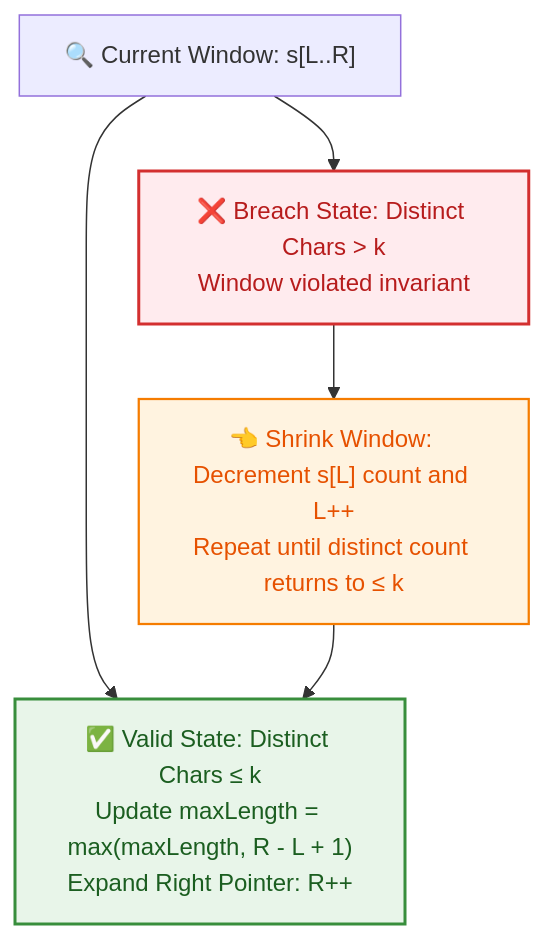
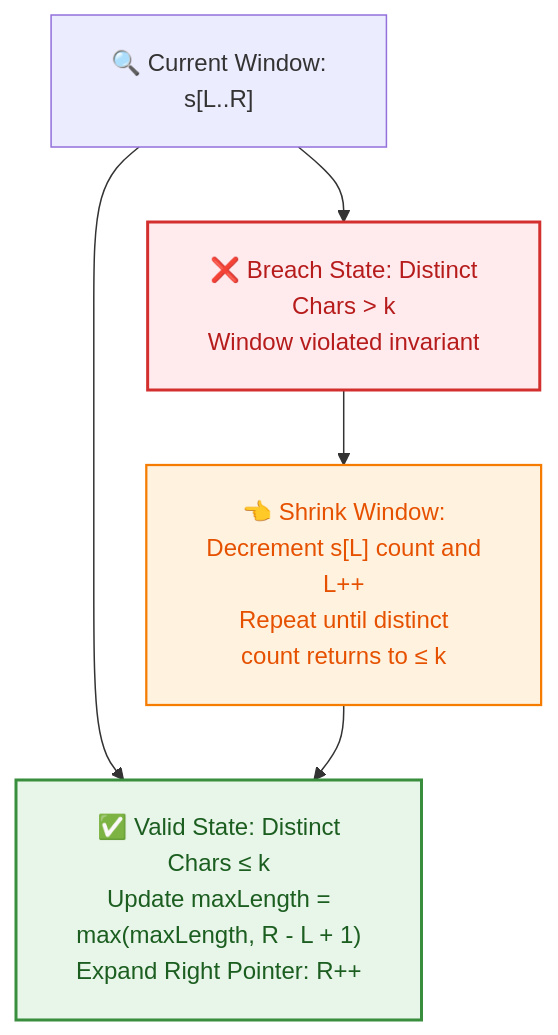
One commit to dip4k/DSA_102 changed the fourth of 6 diagrams in week_04_core_problem_solving_patterns_i/Week_04_Visual_Concepts_Playbook_HYBRID.md. Above: the diagram before and after it, drawn with Mermaid. The commit also changed other lines of this file and 108 other files, not shown here.

First line of the commit message:
fix(mermaid): resolve diagram clipping, padding, and syntax issues across repo

````diff
--- a/week_04_core_problem_solving_patterns_i/Week_04_Visual_Concepts_Playbook_HYBRID.md
+++ b/week_04_core_problem_solving_patterns_i/Week_04_Visual_Concepts_Playbook_HYBRID.md
@@ -404,12 +407,13 @@
 ```mermaid
+%%{init: {"flowchart": {"htmlLabels": true, "padding": 20}}}%%
 flowchart TD
     classDef valid fill:#e8f5e9,stroke:#388e3c,color:#1b5e20,stroke-width:2px;
     classDef breach fill:#ffebee,stroke:#d32f2f,color:#b71c1c,stroke-width:2px;
     classDef shrink fill:#fff3e0,stroke:#f57c00,color:#e65100,stroke-width:1.5px;
 
-    W["🔍 Current Window: s[L..R]"]
-    W --> V["✅ Valid State: Distinct Chars &le; k<br/>Update maxLength = max(maxLength, R - L + 1)<br/>Expand Right Pointer: R++"]:::valid
-    W --> B["❌ Breach State: Distinct Chars > k<br/>Window violated invariant"]:::breach
-    B --> S["👈 Shrink Window: Decrement s[L] count and L++<br/>Repeat until distinct count returns to &le; k"]:::shrink
+    W["🔍 Current Window:<br/>s[L..R]"]
+    W --> V["✅ Valid State: Distinct<br/>Chars &le; k<br/>Update maxLength =<br/>max(maxLength, R - L + 1)<br/>Expand Right Pointer: R++"]:::valid
+    W --> B["❌ Breach State: Distinct<br/>Chars > k<br/>Window violated invariant"]:::breach
+    B --> S["👈 Shrink Window:<br/>Decrement s[L] count and<br/>L++<br/>Repeat until distinct<br/>count returns to &le; k"]:::shrink
     S --> V
 ```
````
